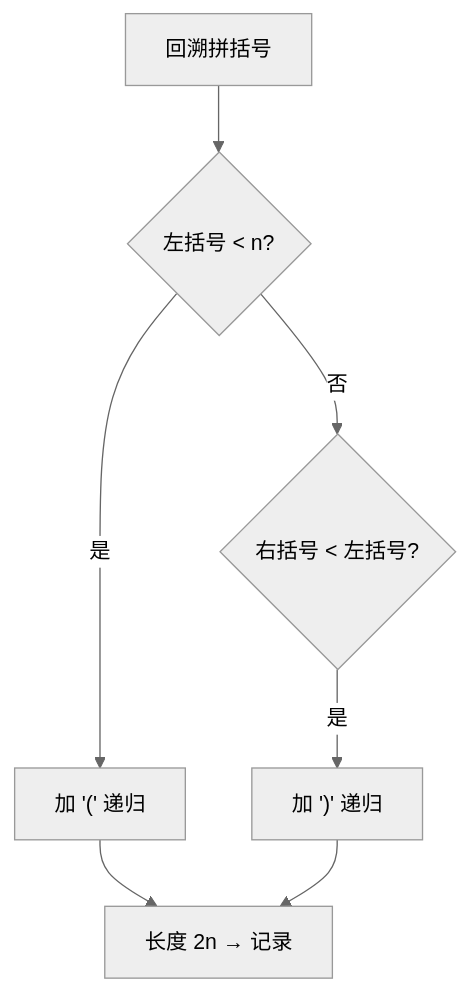
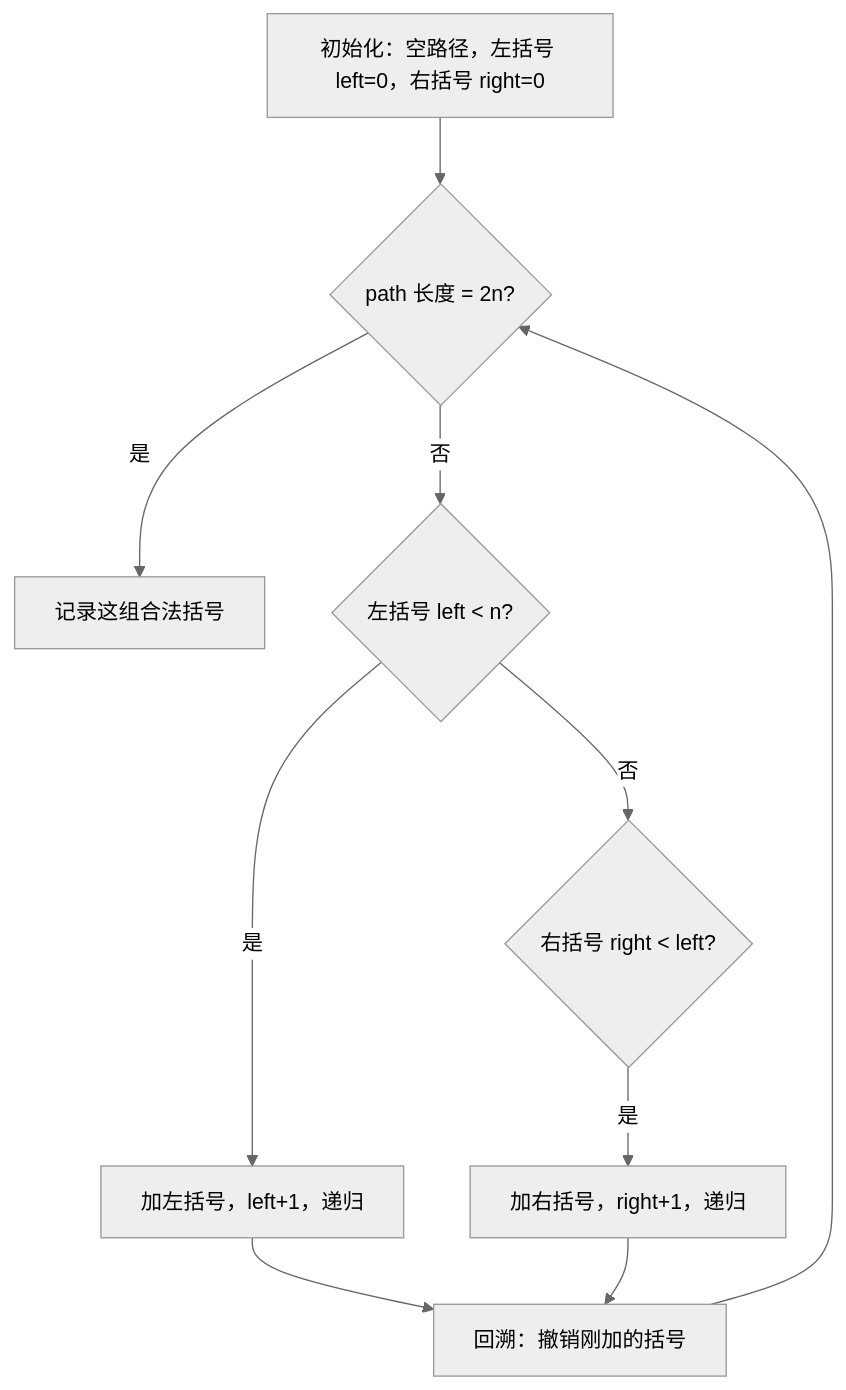
One commit to OctalZero/hot100-py changed the first of 2 diagrams in 11-回溯/0022-括号生成.md. Above: the diagram before and after it, drawn with Mermaid (neutral theme). The commit also changed other lines of this file and 117 other files, not shown here.

First line of the commit message:
feat: 全题解配图升级为「动画式 mermaid」（总览骨架 + 横向时间线逐步推演）

````diff
--- a/11-回溯/0022-括号生成.md
+++ b/11-回溯/0022-括号生成.md
@@ -17,9 +17,12 @@
 ```mermaid
 flowchart TD
-    A["回溯拼括号"] --> B{"左括号 < n?"}
-    B -- "是" --> C["加 '(' 递归"]
-    B -- "否" --> D{"右括号 < 左括号?"}
-    D -- "是" --> E["加 ')' 递归"]
-    C --> F["长度 2n → 记录"]
-    E --> F
+    A["初始化：空路径，左括号 left=0，右括号 right=0"] --> B{"path 长度 = 2n?"}
+    B -->|"是"| G["记录这组合法括号"]
+    B -->|"否"| C{"左括号 left < n?"}
+    C -->|"是"| D["加左括号，left+1，递归"]
+    C -->|"否"| E{"右括号 right < left?"}
+    E -->|"是"| F["加右括号，right+1，递归"]
+    D --> H["回溯：撤销刚加的括号"]
+    F --> H
+    H --> B
 ```
````
